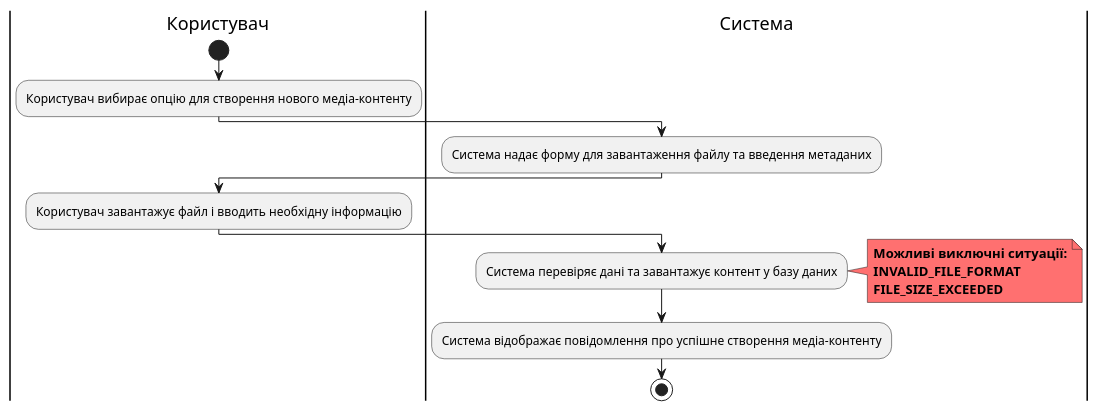
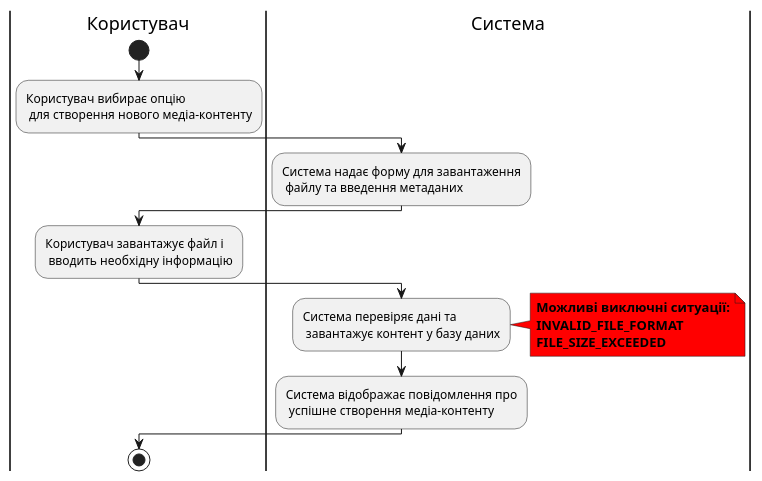
Before and after one commit to zhkcll/lab6: the tenth of 14 diagrams in docs/use_cases.md, drawn with PlantUML. The commit also changed other lines of this file, not shown here.

````diff
--- a/docs/use_cases.md
+++ b/docs/use_cases.md
@@ -341,24 +350,25 @@
 ```plantuml
 @startuml
 
 |Користувач|
 start
-:Користувач вибирає опцію для створення нового медіа-контенту;
+:Користувач вибирає опцію\n для створення нового медіа-контенту;
 |Система|
-:Система надає форму для завантаження файлу та введення метаданих;
+:Система надає форму для завантаження\n файлу та введення метаданих;
 |Користувач|
-:Користувач завантажує файл і вводить необхідну інформацію;
+:Користувач завантажує файл і\n вводить необхідну інформацію;
 |Система|
-:Система перевіряє дані та завантажує контент у базу даних;
-note right #ff7070
+:Система перевіряє дані та\n завантажує контент у базу даних;
+note right #ff0000
 <b>Можливі виключні ситуації:</b>
 <b>INVALID_FILE_FORMAT</b>
 <b>FILE_SIZE_EXCEEDED</b>
 end note
-:Система відображає повідомлення про успішне створення медіа-контенту;
+:Система відображає повідомлення про\n успішне створення медіа-контенту;
+|Користувач|
 stop
 
 @enduml
 
 
 ```
````
